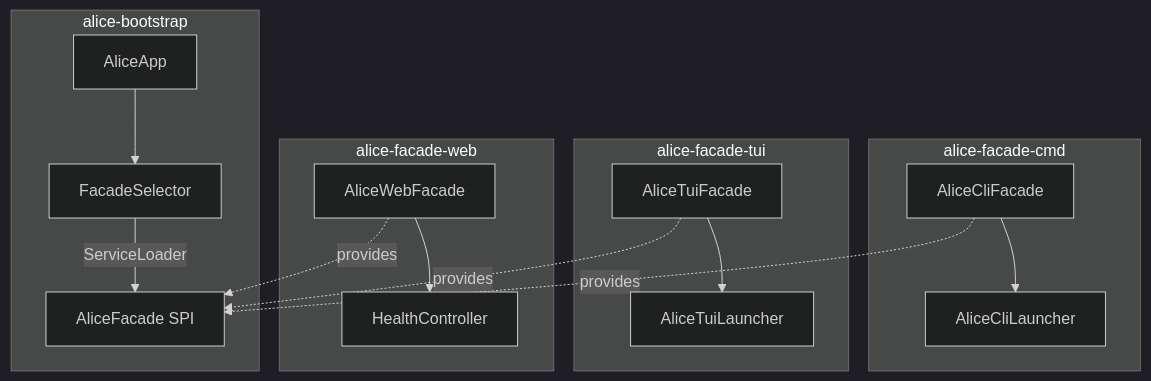
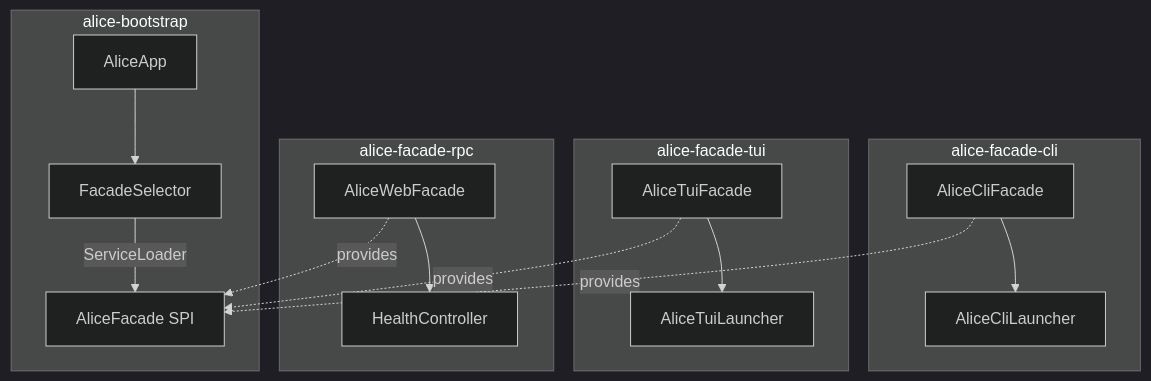
One commit to chaineasy-ai/alice-agent changed the diagram in docs/alice-bootstrap/BUILD.md. Above: the diagram before and after it, drawn with Mermaid (dark theme). The commit also changed other lines of this file and 168 other files, not shown here.

First line of the commit message:
feat(facade): HTTP RPC 2.0 门面 + 门面收尾（协议帧 / 启动横幅）

````diff
--- a/docs/alice-bootstrap/BUILD.md
+++ b/docs/alice-bootstrap/BUILD.md
@@ -26,22 +26,22 @@
 ```mermaid
 graph TD
     subgraph bootstrap [alice-bootstrap]
         AliceApp --> FacadeSelector
         FacadeSelector -->|ServiceLoader| SPI[AliceFacade SPI]
     end
 
-    subgraph cli [alice-facade-cmd]
+    subgraph cli [alice-facade-cli]
         CLI[AliceCliFacade] -.->|provides| SPI
         CLI --> AliceCliLauncher
     end
 
     subgraph tui [alice-facade-tui]
         TUI[AliceTuiFacade] -.->|provides| SPI
         TUI --> AliceTuiLauncher
     end
 
-    subgraph web [alice-facade-web]
+    subgraph web [alice-facade-rpc]
         WEB[AliceWebFacade] -.->|provides| SPI
         WEB --> HealthController
     end
 ```
````
